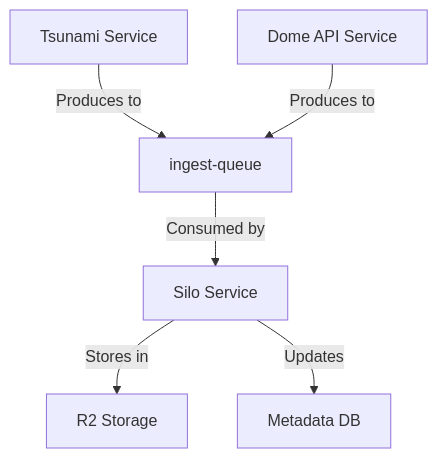
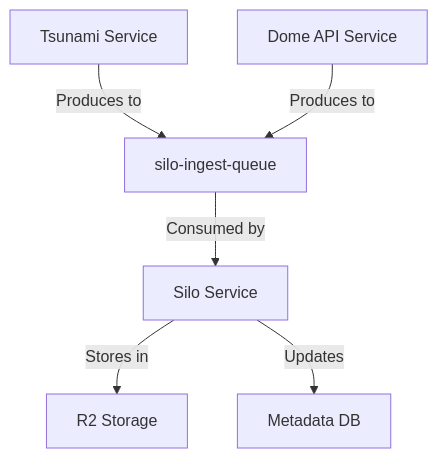
The diagram in ingest-queue-implementation-plan.md (marktoda/dome), drawn with Mermaid before and after one commit. The commit also changed other lines of this file and 14 other files, not shown here.

Commit message:
fix: silo ingest queue

````diff
--- a/ingest-queue-implementation-plan.md
+++ b/ingest-queue-implementation-plan.md
@@ -30,8 +30,8 @@
 ```mermaid
 graph TD
-    A[Tsunami Service] -->|Produces to| B[ingest-queue]
+    A[Tsunami Service] -->|Produces to| B[silo-ingest-queue]
     C[Dome API Service] -->|Produces to| B
     B -->|Consumed by| D[Silo Service]
     D -->|Stores in| E[R2 Storage]
     D -->|Updates| F[Metadata DB]
 ```
````
